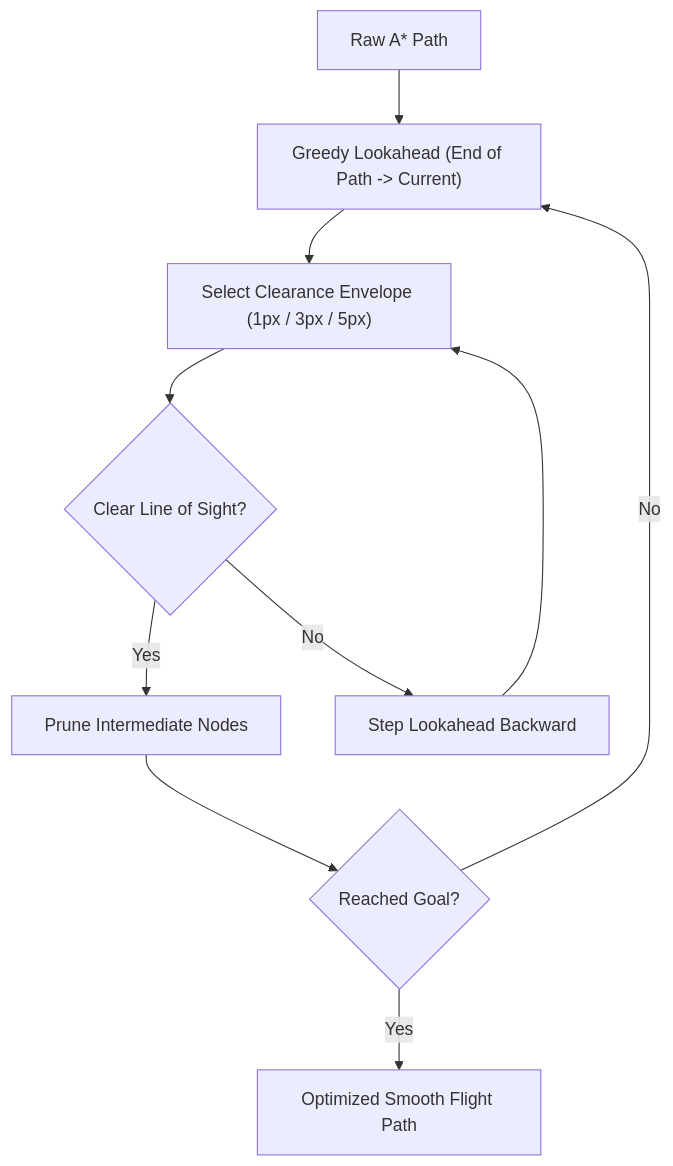
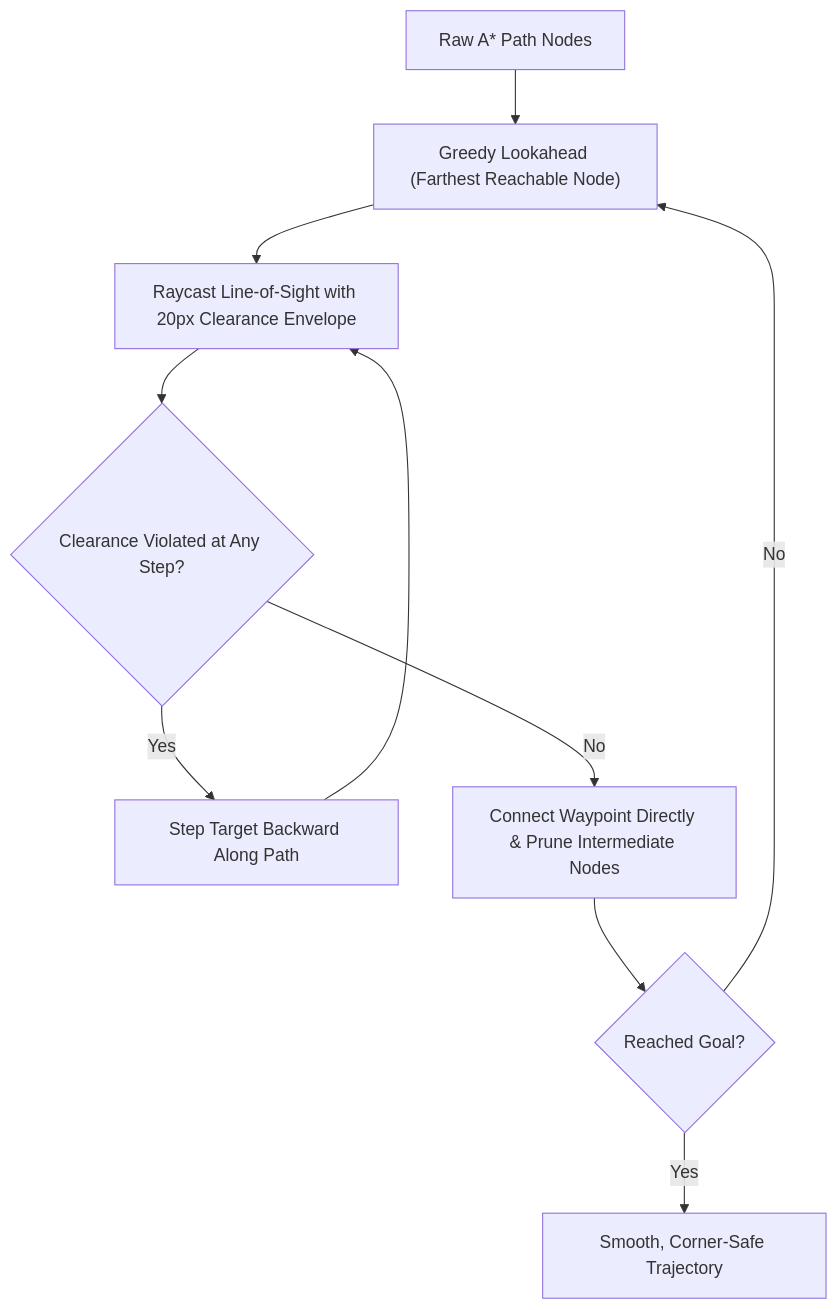
Before and after one commit to kailash6207/drone-autopilot: the fourth of 7 diagrams in README.md, drawn with Mermaid. The commit also changed other lines of this file, not shown here.

Commit message:
docs: update README with centered A*, corner safety, aerodynamics, and geofence alerts

````diff
--- a/README.md
+++ b/README.md
@@ -119,12 +127,12 @@
 ```mermaid
 flowchart TD
-    A["Raw A* Path"] --> B["Greedy Lookahead (End of Path -> Current)"]
-    B --> C["Select Clearance Envelope (1px / 3px / 5px)"]
-    C --> D{"Clear Line of Sight?"}
-    D -- Yes --> E["Prune Intermediate Nodes"]
-    D -- No --> F["Step Lookahead Backward"]
-    F --> C
-    E --> G{"Reached Goal?"}
+    A["Raw A* Path Nodes"] --> B["Greedy Lookahead (Farthest Reachable Node)"]
+    B --> C["Raycast Line-of-Sight with 20px Clearance Envelope"]
+    C --> D{"Clearance Violated at Any Step?"}
+    D -- Yes --> E["Step Target Backward Along Path"]
+    D -- No --> F["Connect Waypoint Directly & Prune Intermediate Nodes"]
+    E --> C
+    F --> G{"Reached Goal?"}
     G -- No --> B
-    G -- Yes --> H["Optimized Smooth Flight Path"]
+    G -- Yes --> H["Smooth, Corner-Safe Trajectory"]
 ```
````
